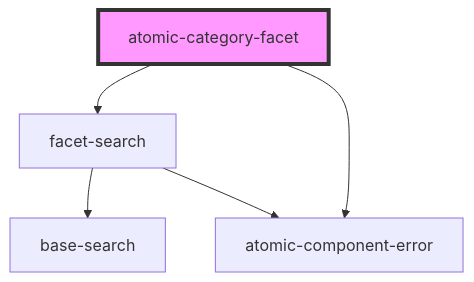
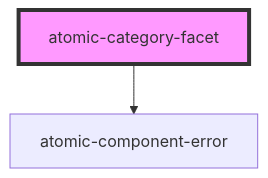
Before and after one commit to coveo/ui-kit: the diagram in packages/atomic/src/components/facets/atomic-category-facet/readme.md, drawn with Mermaid. The commit also changed other lines of this file and 6 other files, not shown here.

First line of the commit message:
feat(atomic): date Facet Component

````diff
--- a/packages/atomic/src/components/facets/atomic-category-facet/readme.md
+++ b/packages/atomic/src/components/facets/atomic-category-facet/readme.md
@@ -25,8 +24,5 @@
 ```mermaid
 graph TD;
-  atomic-category-facet --> facet-search
   atomic-category-facet --> atomic-component-error
-  facet-search --> base-search
-  facet-search --> atomic-component-error
   style atomic-category-facet fill:#f9f,stroke:#333,stroke-width:4px
 ```
````
